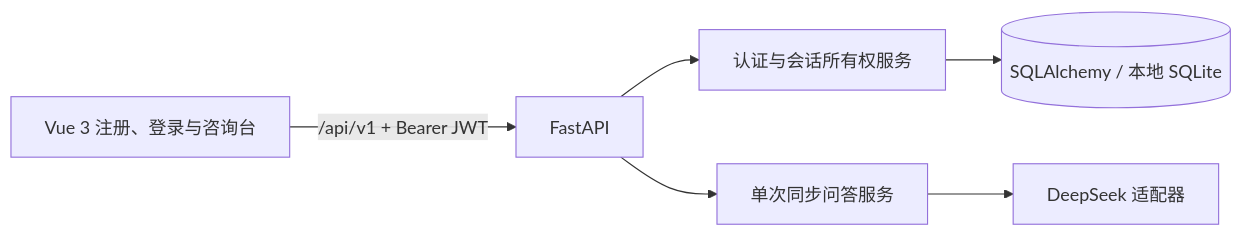
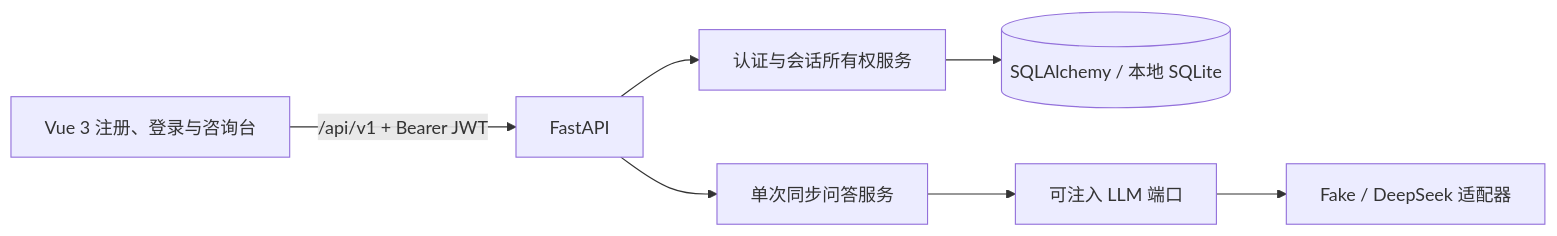
The first of 6 diagrams in docs/architecture.md (wenqin8/legalmind), drawn with Mermaid before and after one commit. The commit also changed other lines of this file and 6 other files, not shown here.

````diff
--- a/docs/architecture.md
+++ b/docs/architecture.md
@@ -8,8 +10,9 @@
 ```mermaid
 flowchart LR
     Browser[Vue 3 注册、登录与咨询台] -->|/api/v1 + Bearer JWT| API[FastAPI]
     API --> Auth[认证与会话所有权服务]
     Auth --> DB[(SQLAlchemy / 本地 SQLite)]
     API --> Chat[单次同步问答服务]
-    Chat --> LLM[DeepSeek 适配器]
+    Chat --> LLM[可注入 LLM 端口]
+    LLM --> Adapter[Fake / DeepSeek 适配器]
 ```
````
